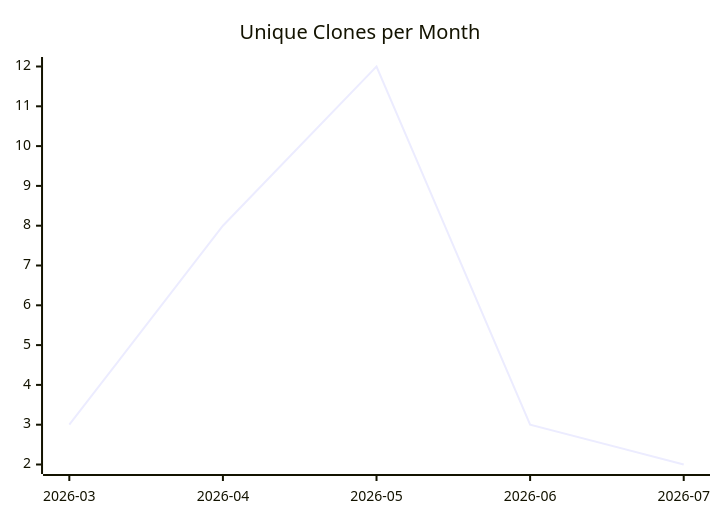
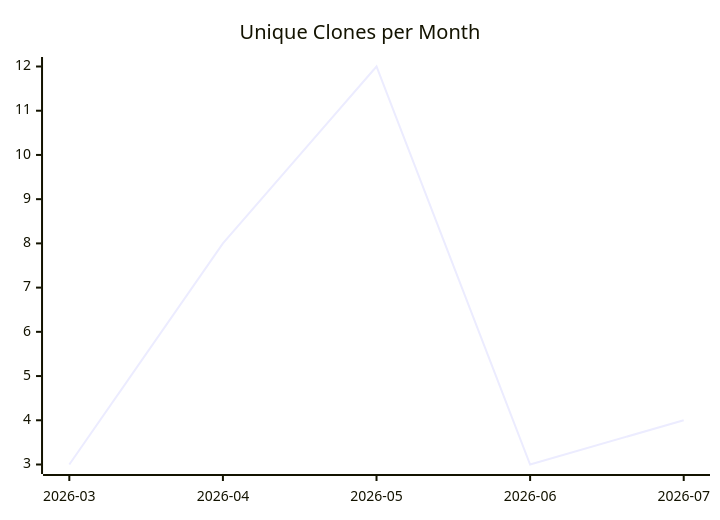
One commit to justdavis-family/github-analytics-data changed the third of 3 diagrams in karlmdavis/puppet-sonar/README.md. Above: the diagram before and after it, drawn with Mermaid. The commit also changed other lines of this file and 184 other files, not shown here.

````diff
--- a/karlmdavis/puppet-sonar/README.md
+++ b/karlmdavis/puppet-sonar/README.md
@@ -19,6 +19,6 @@
 ```mermaid
 xychart-beta
   title "Unique Clones per Month"
   x-axis ["2026-03", "2026-04", "2026-05", "2026-06", "2026-07"]
-  line [3, 8, 12, 3, 2]
+  line [3, 8, 12, 3, 4]
 ```
````
